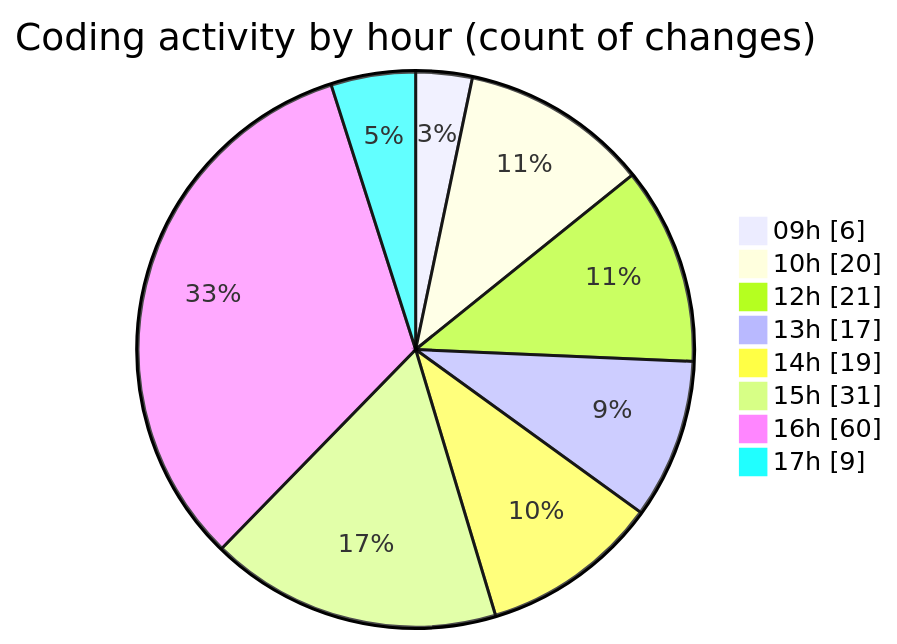
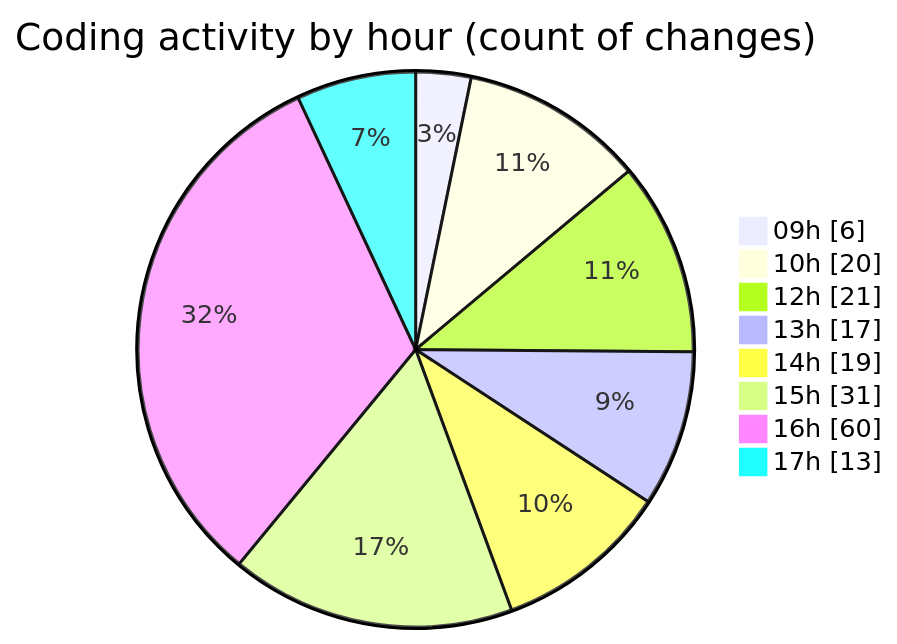
Before and after one commit to becaeroporto-bot/code-tracking: the second of 2 diagrams in 2026-02-18/bot_v1_2/README.md, drawn with Mermaid. The commit also changed other lines of this file and 1 other file, not shown here.

````diff
--- a/2026-02-18/bot_v1_2/README.md
+++ b/2026-02-18/bot_v1_2/README.md
@@ -57,12 +57,12 @@
 ```mermaid
 pie showData
 title Coding activity by hour (count of changes)
 "09h" : 6
 "10h" : 20
 "12h" : 21
 "13h" : 17
 "14h" : 19
 "15h" : 31
 "16h" : 60
-"17h" : 9
+"17h" : 13
 ```
````
